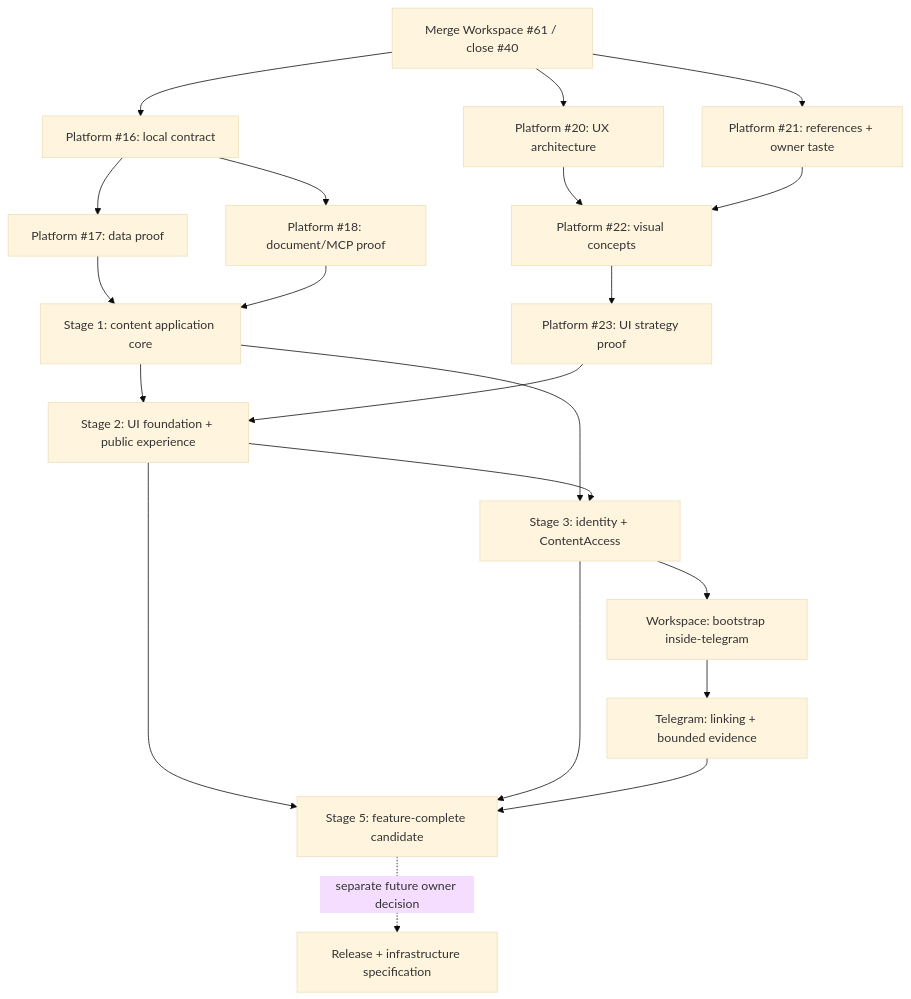
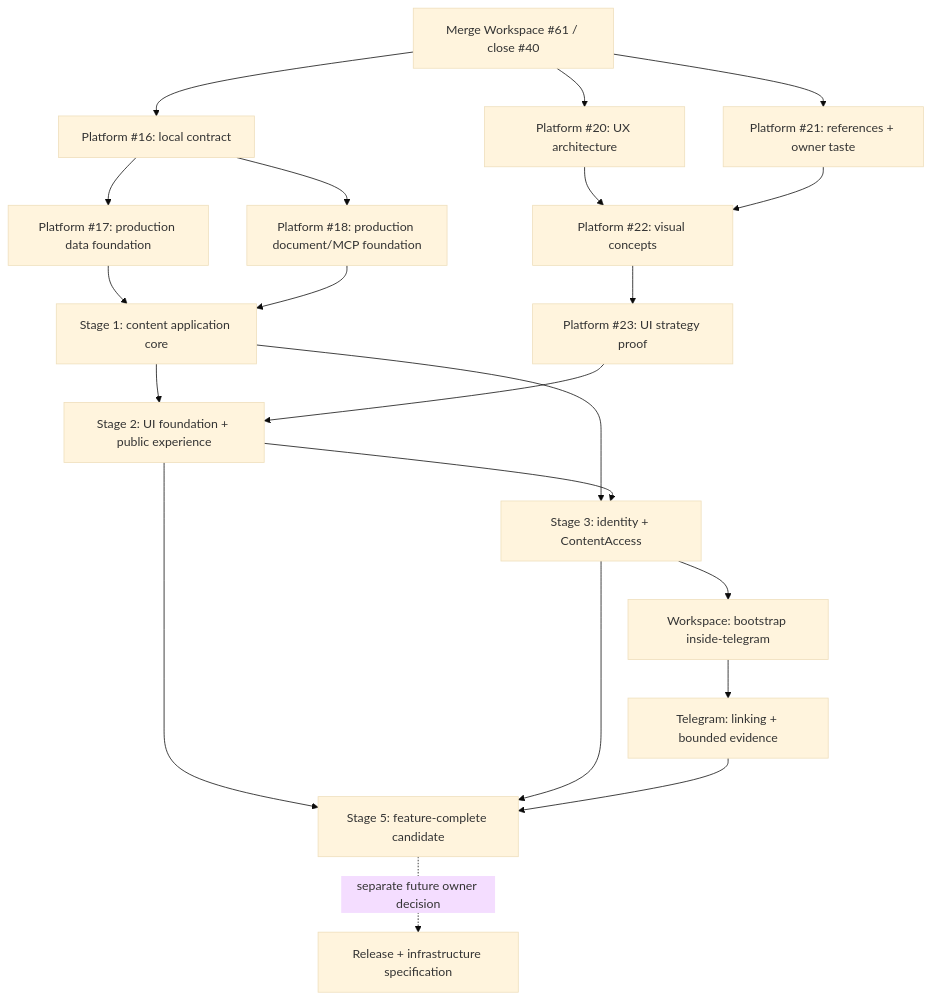
One commit to sachkov-inside/workspace changed the second of 2 diagrams in docs/specifications/platform-v1.md. Above: the diagram before and after it, drawn with Mermaid (base theme). The commit also changed other lines of this file, not shown here.

Commit message:
docs: move data and content proofs into production

````diff
--- a/docs/specifications/platform-v1.md
+++ b/docs/specifications/platform-v1.md
@@ -479,23 +486,23 @@
 ```mermaid
 flowchart TD
     M[Merge Workspace #61 / close #40] --> C[Platform #16: local contract]
     M --> UX[Platform #20: UX architecture]
     M --> REF[Platform #21: references + owner taste]
-    C --> DATA[Platform #17: data proof]
-    C --> DOC[Platform #18: document/MCP proof]
+    C --> DATA[Platform #17: production data foundation]
+    C --> DOC[Platform #18: production document/MCP foundation]
     DATA --> S1[Stage 1: content application core]
     DOC --> S1
     UX --> CONCEPT[Platform #22: visual concepts]
     REF --> CONCEPT
     CONCEPT --> UIP[Platform #23: UI strategy proof]
     S1 --> S2[Stage 2: UI foundation + public experience]
     UIP --> S2
     S1 --> S3
     S2 --> S3[Stage 3: identity + ContentAccess]
     S3 --> B[Workspace: bootstrap inside-telegram]
     B --> T[Telegram: linking + bounded evidence]
     S2 --> S5[Stage 5: feature-complete candidate]
     S3 --> S5
     T --> S5
     S5 -. separate future owner decision .-> R[Release + infrastructure specification]
 ```
````
